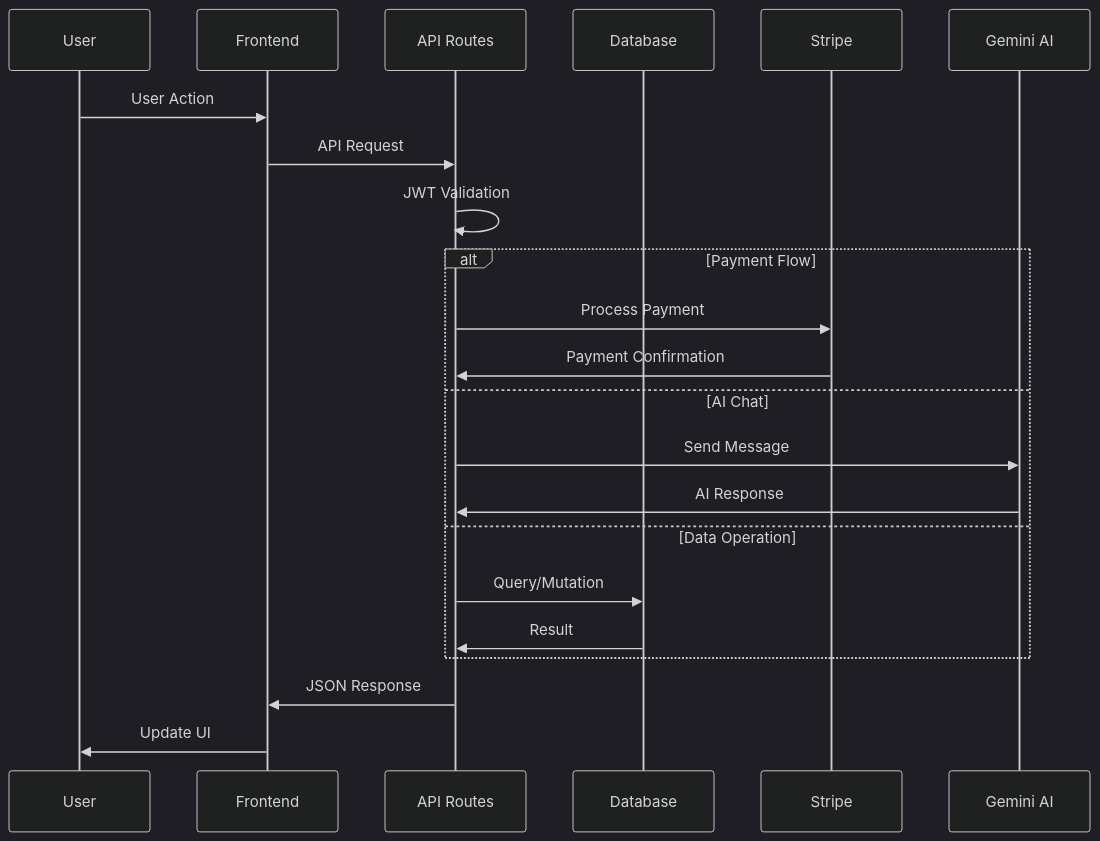
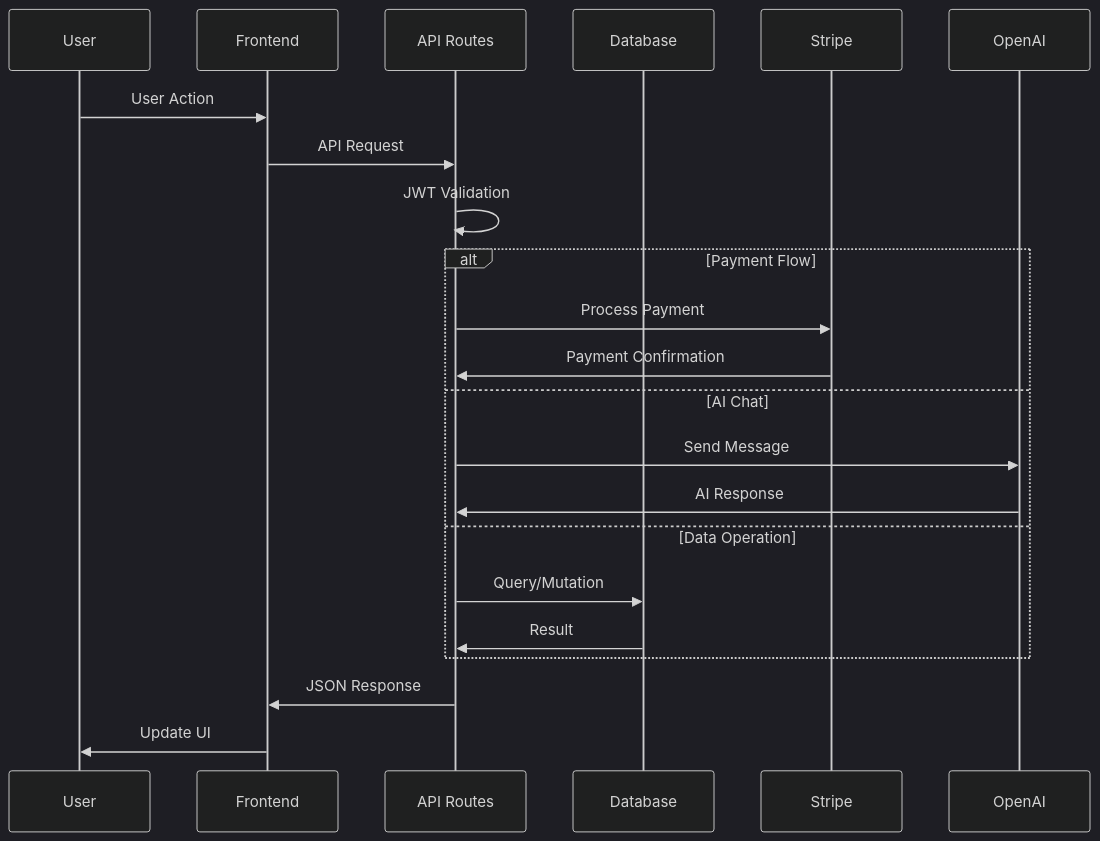
One commit to NZ-SheSharp/she-sharp changed the second of 6 diagrams in README.md. Above: the diagram before and after it, drawn with Mermaid (dark theme). The commit also changed other lines of this file and 6 other files, not shown here.

````diff
--- a/README.md
+++ b/README.md
@@ -585,25 +583,25 @@
 ```mermaid
 sequenceDiagram
     participant U as User
     participant F as Frontend
     participant A as API Routes
     participant D as Database
     participant S as Stripe
-    participant G as Gemini AI
+    participant G as OpenAI
     
     U->>F: User Action
     F->>A: API Request
     A->>A: JWT Validation
     alt Payment Flow
         A->>S: Process Payment
         S->>A: Payment Confirmation
     else AI Chat
         A->>G: Send Message
         G->>A: AI Response
     else Data Operation
         A->>D: Query/Mutation
         D->>A: Result
     end
     A->>F: JSON Response
     F->>U: Update UI
 ```
````
